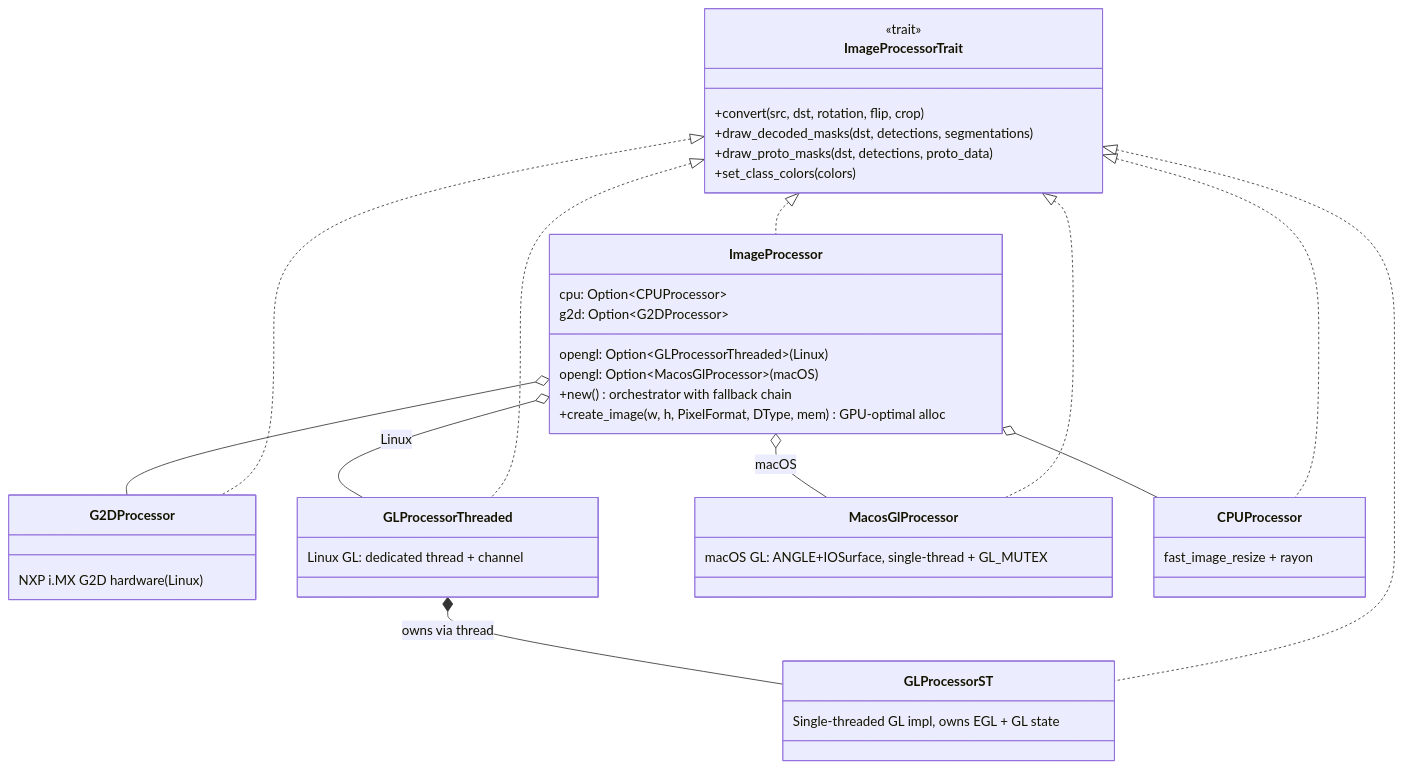
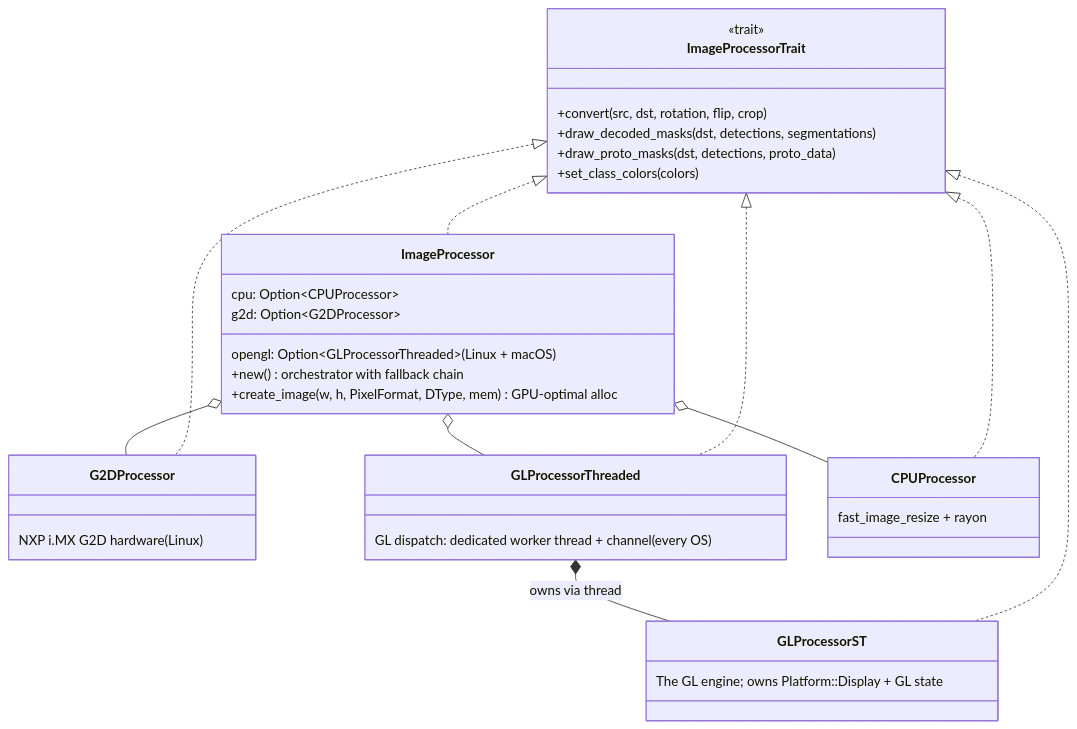
One commit to EdgeFirstAI/hal changed the first of 3 diagrams in crates/image/ARCHITECTURE.md. Above: the diagram before and after it, drawn with Mermaid. The commit also changed other lines of this file and 7 other files, not shown here.

````diff
--- a/crates/image/ARCHITECTURE.md
+++ b/crates/image/ARCHITECTURE.md
@@ -50,37 +52,33 @@
 ```mermaid
 classDiagram
     class ImageProcessorTrait {
         <<trait>>
         +convert(src, dst, rotation, flip, crop)
         +draw_decoded_masks(dst, detections, segmentations)
         +draw_proto_masks(dst, detections, proto_data)
         +set_class_colors(colors)
     }
 
     class ImageProcessor {
         cpu: Option~CPUProcessor~
         g2d: Option~G2DProcessor~
-        opengl: Option~GLProcessorThreaded~ (Linux)
-        opengl: Option~MacosGlProcessor~ (macOS)
+        opengl: Option~GLProcessorThreaded~ (Linux + macOS)
         +new() orchestrator with fallback chain
         +create_image(w, h, PixelFormat, DType, mem) GPU-optimal alloc
     }
 
     class G2DProcessor { NXP i.MX G2D hardware (Linux) }
-    class GLProcessorThreaded { Linux GL: dedicated thread + channel }
-    class GLProcessorST { Single-threaded GL impl, owns EGL + GL state }
-    class MacosGlProcessor { macOS GL: ANGLE+IOSurface, single-thread + GL_MUTEX }
+    class GLProcessorThreaded { GL dispatch: dedicated worker thread + channel (every OS) }
+    class GLProcessorST { The GL engine; owns Platform::Display + GL state }
     class CPUProcessor { fast_image_resize + rayon }
 
     ImageProcessorTrait <|.. ImageProcessor
     ImageProcessorTrait <|.. G2DProcessor
     ImageProcessorTrait <|.. GLProcessorThreaded
     ImageProcessorTrait <|.. GLProcessorST
-    ImageProcessorTrait <|.. MacosGlProcessor
     ImageProcessorTrait <|.. CPUProcessor
     ImageProcessor o-- G2DProcessor
-    ImageProcessor o-- GLProcessorThreaded : Linux
-    ImageProcessor o-- MacosGlProcessor : macOS
+    ImageProcessor o-- GLProcessorThreaded
     ImageProcessor o-- CPUProcessor
     GLProcessorThreaded *-- GLProcessorST : owns via thread
 ```
````
